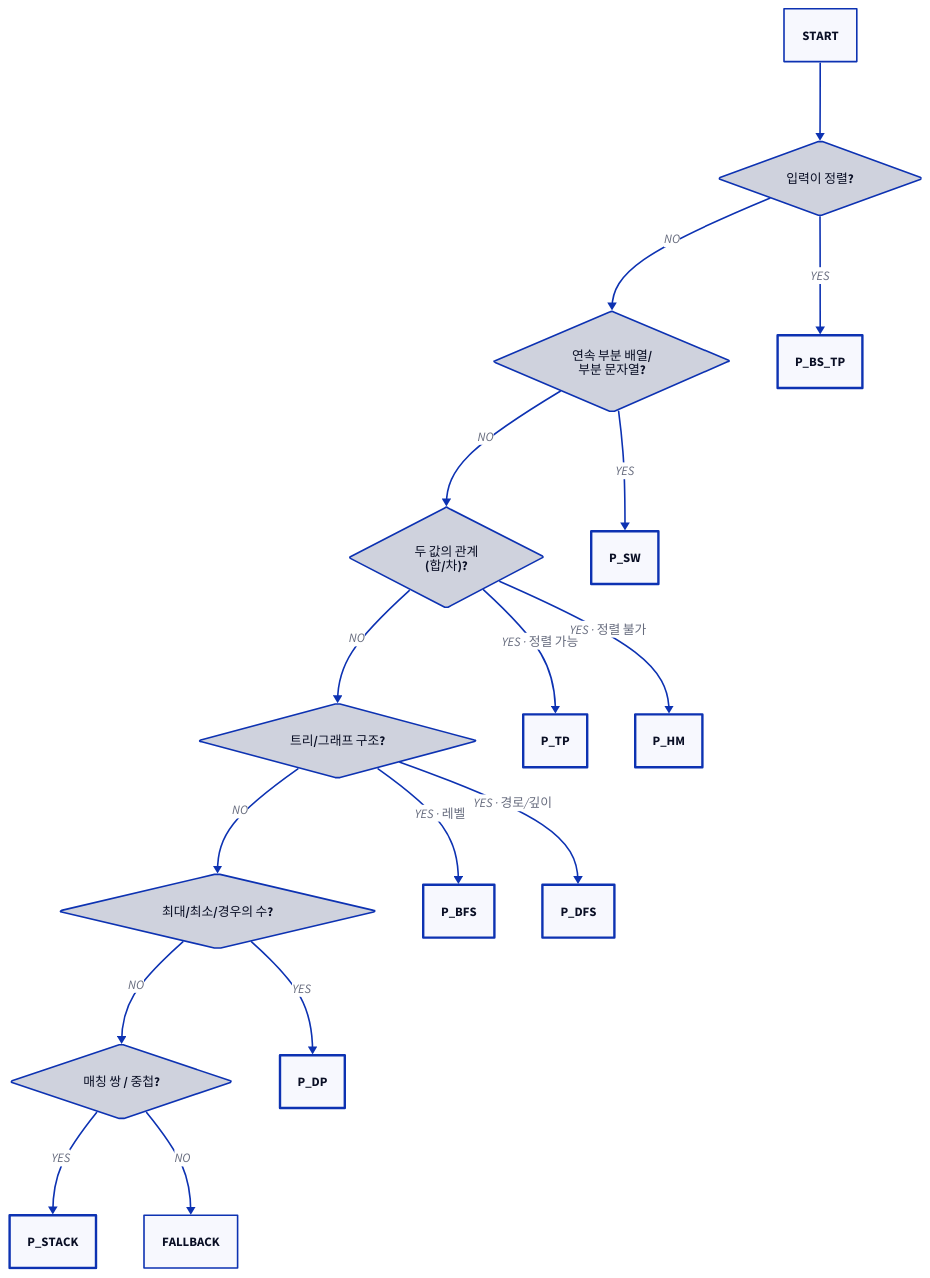
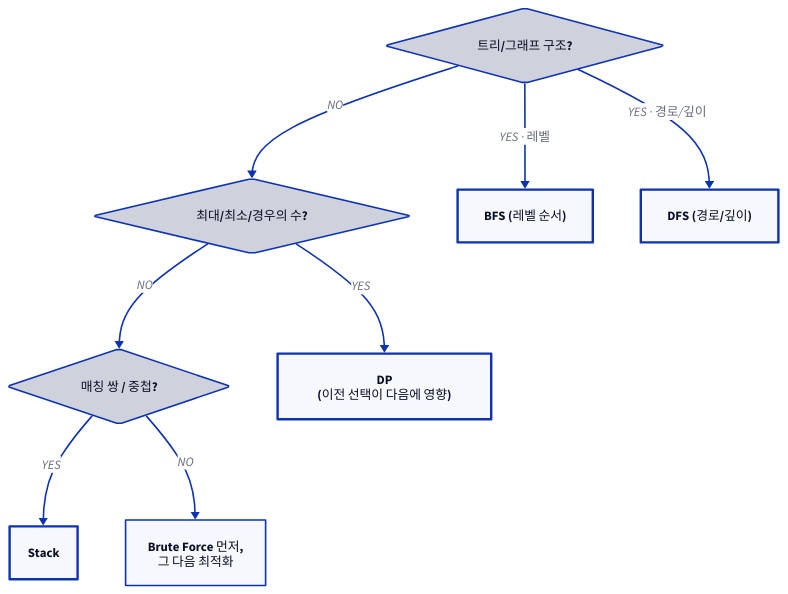
Before and after one commit to humbleowl39/DV_SKOOL: the third of 3 diagrams in topics/bigtech_algorithm/docs/_legacy_overview.md, drawn with D2. The commit also changed other lines of this file and 90 other files, not shown here.

First line of the commit message:
docs: 전 토픽 다이어그램 정비 — ASCII→D2, mermaid→D2, 과대 D2 가시성 수정

````diff
--- a/topics/bigtech_algorithm/docs/_legacy_overview.md
+++ b/topics/bigtech_algorithm/docs/_legacy_overview.md
@@ -112,43 +135,19 @@
 ```d2
 direction: down
 
-# unparsed: START["문제 수신"]
-Q1: "입력이 정렬?" { shape: diamond }
-Q2: "연속 부분 배열/\n부분 문자열?" { shape: diamond }
-Q3: "두 값의 관계\n(합/차)?" { shape: diamond }
 Q4: "트리/그래프 구조?" { shape: diamond }
 Q5: "최대/최소/경우의 수?" { shape: diamond }
 Q6: "매칭 쌍 / 중첩?" { shape: diamond }
-# unparsed: FALLBACK["Brute Force 먼저,<br/>그 다음 최적화"]
-# unparsed: P_BS_TP["Binary Search<br/>또는 Two Pointers"]
-# unparsed: P_SW["Sliding Window"]
-# unparsed: P_TP["Two Pointers<br/>(정렬 가능)"]
-# unparsed: P_HM["Hash Map<br/>(정렬 불가)"]
-# unparsed: P_BFS["BFS (레벨 순서)"]
-# unparsed: P_DFS["DFS (경로/깊이)"]
-# unparsed: P_DP["DP<br/>(이전 선택이 다음에 영향)"]
-# unparsed: P_STACK["Stack"]
-START -> Q1
-P_BS_TP { style.stroke-width: 3 }
-Q1 -> P_BS_TP: "YES"
-Q1 -> Q2: "NO"
-P_SW { style.stroke-width: 3 }
-Q2 -> P_SW: "YES"
-Q2 -> Q3: "NO"
-P_TP { style.stroke-width: 3 }
-Q3 -> P_TP: "YES · 정렬 가능"
-P_HM { style.stroke-width: 3 }
-Q3 -> P_HM: "YES · 정렬 불가"
-Q3 -> Q4: "NO"
-P_BFS { style.stroke-width: 3 }
+FALLBACK: "Brute Force 먼저,\n그 다음 최적화"
+P_BFS: "BFS (레벨 순서)" { style.stroke-width: 3 }
+P_DFS: "DFS (경로/깊이)" { style.stroke-width: 3 }
+P_DP: "DP\n(이전 선택이 다음에 영향)" { style.stroke-width: 3 }
+P_STACK: "Stack" { style.stroke-width: 3 }
 Q4 -> P_BFS: "YES · 레벨"
-P_DFS { style.stroke-width: 3 }
 Q4 -> P_DFS: "YES · 경로/깊이"
 Q4 -> Q5: "NO"
-P_DP { style.stroke-width: 3 }
 Q5 -> P_DP: "YES"
 Q5 -> Q6: "NO"
-P_STACK { style.stroke-width: 3 }
 Q6 -> P_STACK: "YES"
 Q6 -> FALLBACK: "NO"
 ```
````
